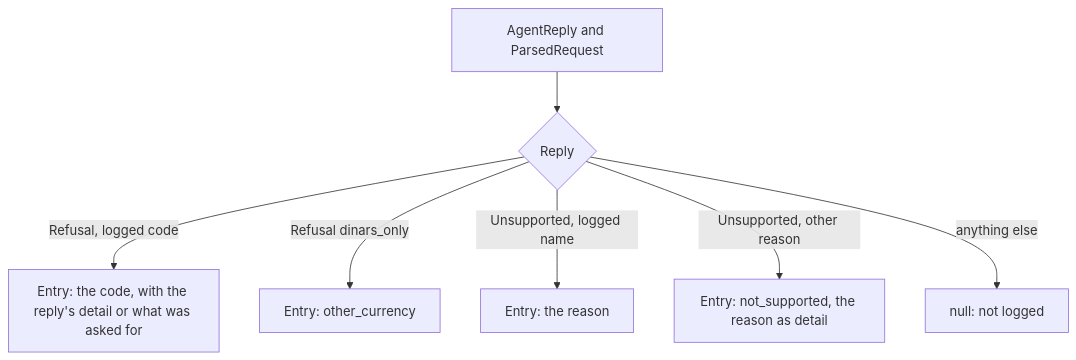
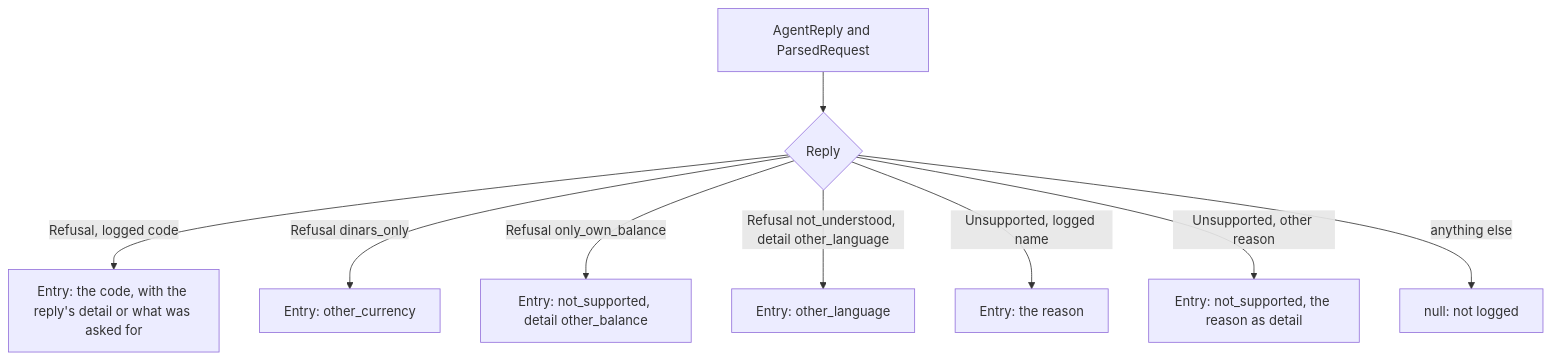
Diagram 13 of 13 in docs/agent-core.md (Khalil-Alhadidi/Naqoli), drawn with Mermaid before and after one commit. The commit also changed other lines of this file and 5 other files, not shown here.

Commit message:
fix(agent): other_balance replies only_own_balance and other_language replies not_understood

````diff
--- a/docs/agent-core.md
+++ b/docs/agent-core.md
@@ -640,9 +642,11 @@
 ```mermaid
 flowchart TD
     reply["AgentReply and ParsedRequest"] --> kind{"Reply"}
     kind -- "Refusal, logged code" --> logged["Entry: the code, with the reply's detail or what was asked for"]
     kind -- "Refusal dinars_only" --> currency["Entry: other_currency"]
+    kind -- "Refusal only_own_balance" --> balance["Entry: not_supported, detail other_balance"]
+    kind -- "Refusal not_understood, detail other_language" --> language["Entry: other_language"]
     kind -- "Unsupported, logged name" --> named["Entry: the reason"]
     kind -- "Unsupported, other reason" --> other["Entry: not_supported, the reason as detail"]
     kind -- "anything else" --> none["null: not logged"]
 ```
````
